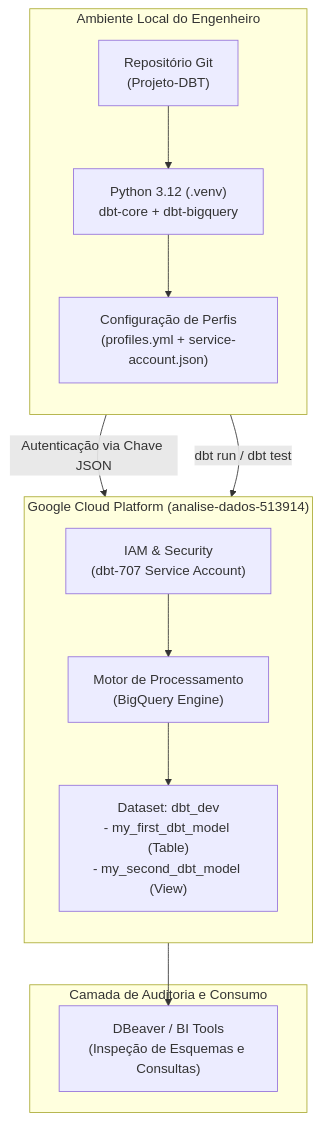
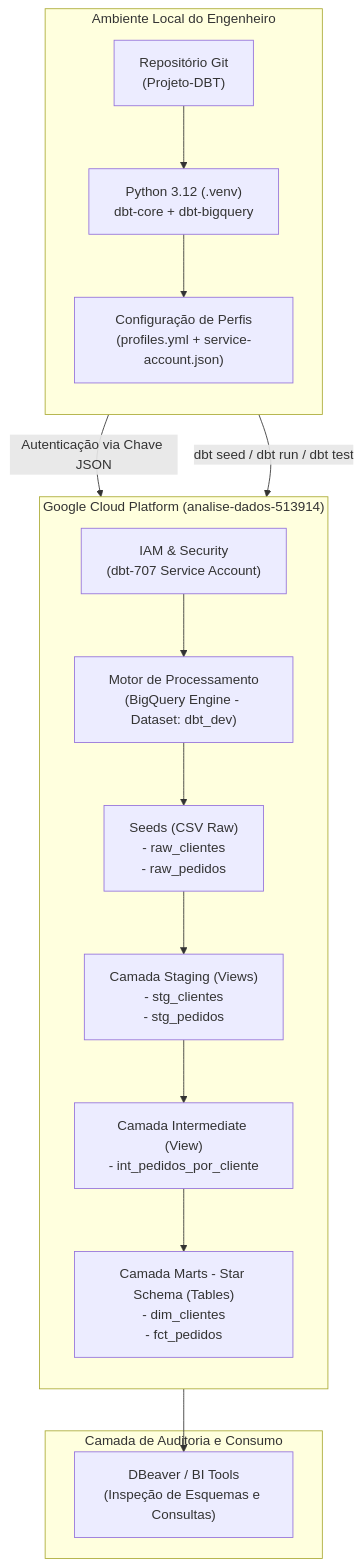
Before and after one commit to kennedy1993/dbt-exemplo: the diagram in README.md, drawn with Mermaid. The commit also changed other lines of this file, not shown here.

````diff
--- a/README.md
+++ b/README.md
@@ -48,21 +49,24 @@
 ```mermaid
 flowchart TD
     subgraph Local_Environment["Ambiente Local do Engenheiro"]
         direction TB
         A["Repositório Git\n(Projeto-DBT)"] --> B["Python 3.12 (.venv)\ndbt-core + dbt-bigquery"]
         B --> C["Configuração de Perfis\n(profiles.yml + service-account.json)"]
     end
 
     subgraph Google_Cloud["Google Cloud Platform (analise-dados-513914)"]
         direction TB
-        D["IAM & Security\n(dbt-707 Service Account)"] --> E["Motor de Processamento\n(BigQuery Engine)"]
-        E --> F["Dataset: dbt_dev\n- my_first_dbt_model (Table)\n- my_second_dbt_model (View)"]
+        D["IAM & Security\n(dbt-707 Service Account)"] --> E["Motor de Processamento\n(BigQuery Engine - Dataset: dbt_dev)"]
+        E --> S["Seeds (CSV Raw)\n- raw_clientes\n- raw_pedidos"]
+        S --> STG["Camada Staging (Views)\n- stg_clientes\n- stg_pedidos"]
+        STG --> INT["Camada Intermediate (View)\n- int_pedidos_por_cliente"]
+        INT --> MARTS["Camada Marts - Star Schema (Tables)\n- dim_clientes\n- fct_pedidos"]
     end
 
     subgraph Analytics_Layer["Camada de Auditoria e Consumo"]
-        F --> G["DBeaver / BI Tools\n(Inspeção de Esquemas e Consultas)"]
+        MARTS --> G["DBeaver / BI Tools\n(Inspeção de Esquemas e Consultas)"]
     end
 
     C -- "Autenticação via Chave JSON" --> D
-    B -- "dbt run / dbt test" --> E
+    B -- "dbt seed / dbt run / dbt test" --> E
 ```
````
